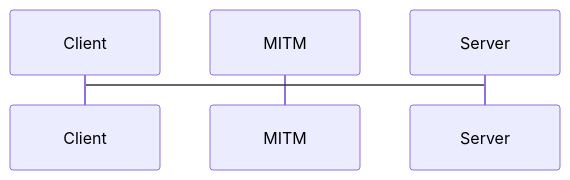
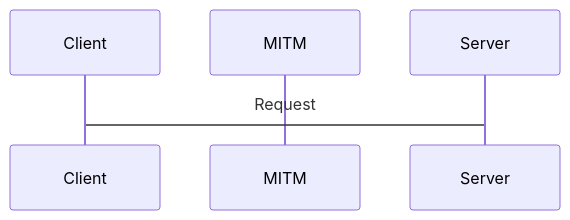
One commit to Rajeev-Tamang/OpenSSL changed the diagram in README.md. Above: the diagram before and after it, drawn with Mermaid.

````diff
--- a/README.md
+++ b/README.md
@@ -30,9 +30,9 @@
 ```mermaid
 sequenceDiagram
     participant C as Client
     participant M as MITM
     participant S as Server
 
-    C->S:
+    C->S:Request
     
 ```
````
